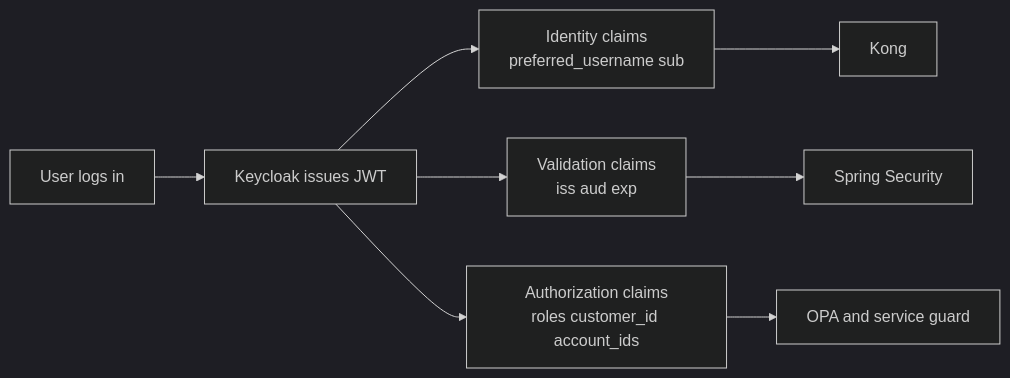
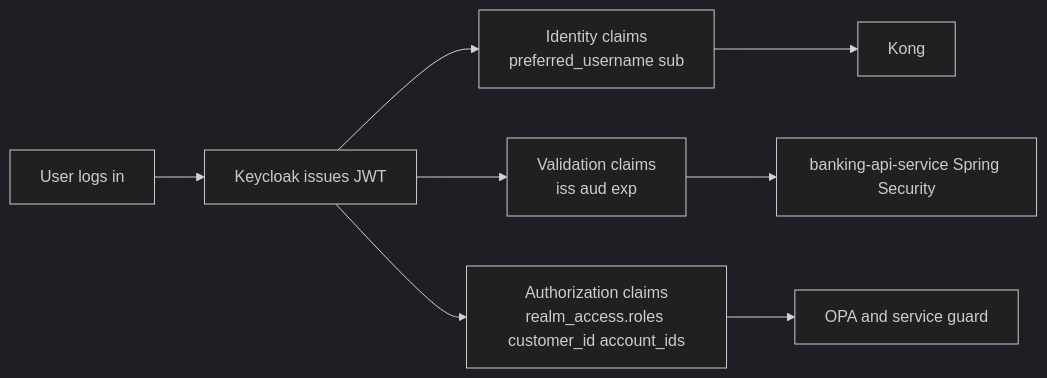
The second of 5 diagrams in docs/14-request-response-reference.md (geekchow/micro-service-auth), drawn with Mermaid (dark theme) before and after one commit. The commit also changed other lines of this file, not shown here.

````diff
--- a/docs/14-request-response-reference.md
+++ b/docs/14-request-response-reference.md
@@ -709,13 +551,13 @@
 ```mermaid
 flowchart LR
     L[User logs in] --> K[Keycloak issues JWT]
     K --> C1[Identity claims
 preferred_username sub]
     K --> C2[Validation claims
 iss aud exp]
     K --> C3[Authorization claims
-roles customer_id account_ids]
+realm_access.roles customer_id account_ids]
     C1 --> G[Kong]
-    C2 --> S[Spring Security]
+    C2 --> S[banking-api-service Spring Security]
     C3 --> O[OPA and service guard]
 ```
````
